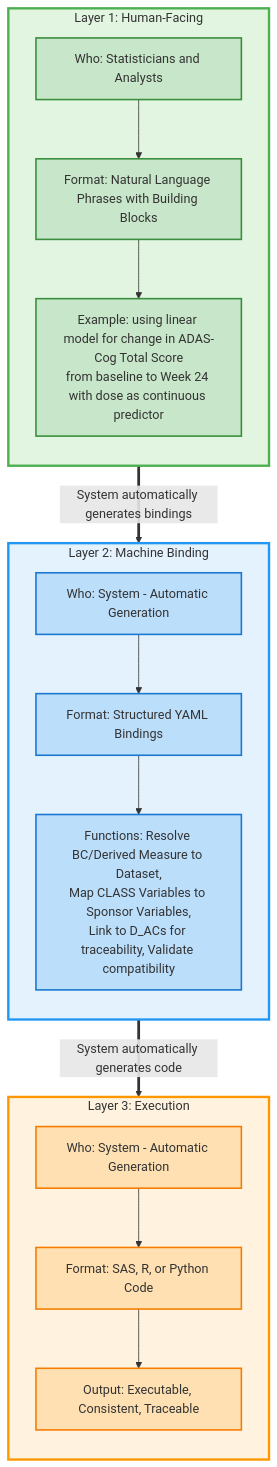
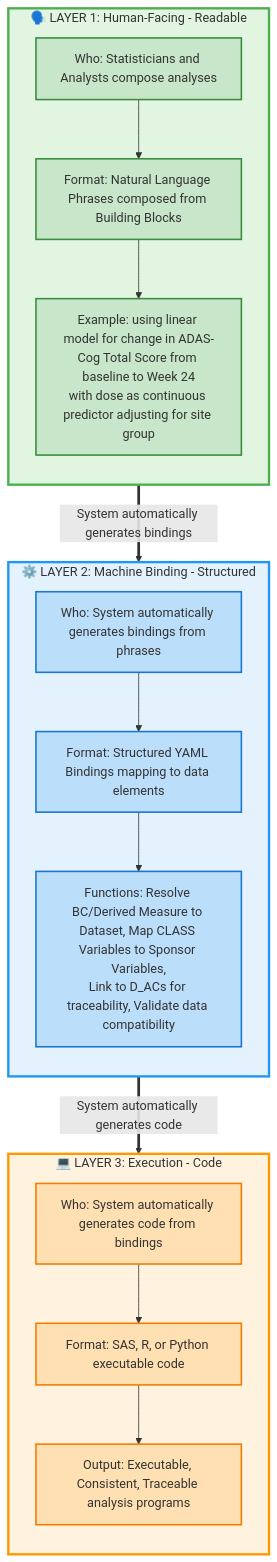
Before and after one commit to cdisc-org/analysis-concepts: the diagram in neo4j/data/metadata/HYBRID_PHRASE_BASED_APPROACH.md, drawn with Mermaid.

````diff
--- a/neo4j/data/metadata/HYBRID_PHRASE_BASED_APPROACH.md
+++ b/neo4j/data/metadata/HYBRID_PHRASE_BASED_APPROACH.md
@@ -15,41 +15,41 @@
 ```mermaid
 flowchart TD
-    subgraph Layer1["Layer 1: Human-Facing"]
+    subgraph Layer1["🗣️ LAYER 1: Human-Facing - Readable"]
         direction TB
-        H1["Who: Statisticians and Analysts"]
-        H2["Format: Natural Language Phrases with Building Blocks"]
-        H3["Example: using linear model for change in ADAS-Cog Total Score<br/>from baseline to Week 24 with dose as continuous predictor"]
+        H1["Who: Statisticians and Analysts compose analyses"]
+        H2["Format: Natural Language Phrases composed from Building Blocks"]
+        H3["Example: using linear model for change in ADAS-Cog Total Score from baseline to Week 24<br/>with dose as continuous predictor adjusting for site group"]
         H1 --> H2 --> H3
     end
 
-    subgraph Layer2["Layer 2: Machine Binding"]
+    subgraph Layer2["⚙️ LAYER 2: Machine Binding - Structured"]
         direction TB
-        M1["Who: System - Automatic Generation"]
-        M2["Format: Structured YAML Bindings"]
-        M3["Functions: Resolve BC/Derived Measure to Dataset,<br/>Map CLASS Variables to Sponsor Variables,<br/>Link to D_ACs for traceability, Validate compatibility"]
+        M1["Who: System automatically generates bindings from phrases"]
+        M2["Format: Structured YAML Bindings mapping to data elements"]
+        M3["Functions: Resolve BC/Derived Measure to Dataset, Map CLASS Variables to Sponsor Variables,<br/>Link to D_ACs for traceability, Validate data compatibility"]
         M1 --> M2 --> M3
     end
 
-    subgraph Layer3["Layer 3: Execution"]
+    subgraph Layer3["💻 LAYER 3: Execution - Code"]
         direction TB
-        E1["Who: System - Automatic Generation"]
-        E2["Format: SAS, R, or Python Code"]
-        E3["Output: Executable, Consistent, Traceable"]
+        E1["Who: System automatically generates code from bindings"]
+        E2["Format: SAS, R, or Python executable code"]
+        E3["Output: Executable, Consistent, Traceable analysis programs"]
         E1 --> E2 --> E3
     end
 
     Layer1 ==>|System automatically generates bindings| Layer2
     Layer2 ==>|System automatically generates code| Layer3
 
     style Layer1 fill:#e1f5e1,stroke:#4caf50,stroke-width:3px
     style Layer2 fill:#e3f2fd,stroke:#2196f3,stroke-width:3px
     style Layer3 fill:#fff3e0,stroke:#ff9800,stroke-width:3px
 
     classDef humanBox fill:#c8e6c9,stroke:#388e3c,stroke-width:2px
     classDef machineBox fill:#bbdefb,stroke:#1976d2,stroke-width:2px
     classDef codeBox fill:#ffe0b2,stroke:#f57c00,stroke-width:2px
 
     class H1,H2,H3 humanBox
     class M1,M2,M3 machineBox
     class E1,E2,E3 codeBox
 ```
````
